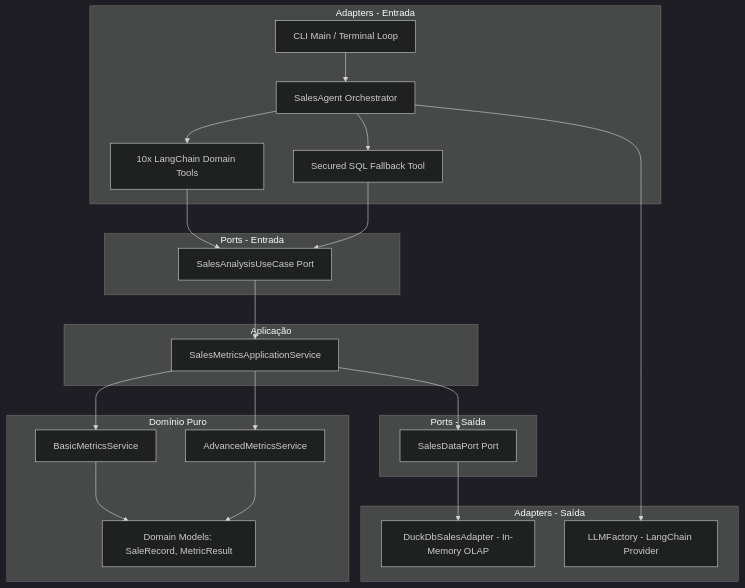
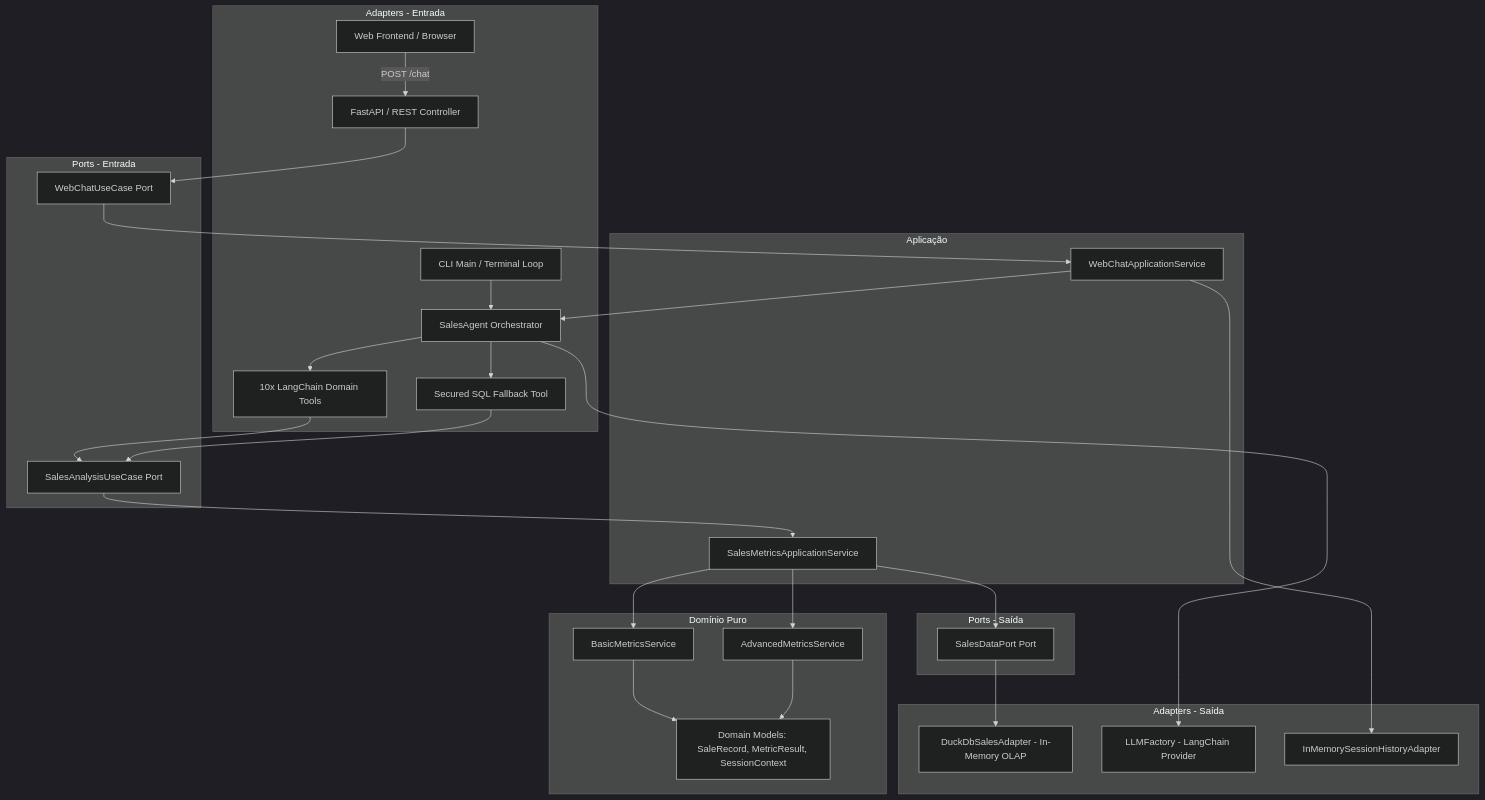
Before and after one commit to juliosilvacwb/sales-agent: the diagram in README.md, drawn with Mermaid (dark theme). The commit also changed other lines of this file and 21 other files, not shown here.

Commit message:
feat: implement web chat interface with FastAPI backend, static frontend, and session management service

````diff
--- a/README.md
+++ b/README.md
@@ -28,46 +29,56 @@
 ```mermaid
 graph TB
     subgraph Inbound Adapters [Adapters - Entrada]
+        WebClient[Web Frontend / Browser]
+        FastAPI[FastAPI / REST Controller]
         CLI[CLI Main / Terminal Loop]
         Agent[SalesAgent Orchestrator]
         DomainTools[10x LangChain Domain Tools]
         FallbackTool[Secured SQL Fallback Tool]
     end
 
     subgraph Inbound Ports [Ports - Entrada]
         UseCasePort[SalesAnalysisUseCase Port]
+        WebChatPort[WebChatUseCase Port]
     end
 
     subgraph Application Core [Aplicação]
         AppService[SalesMetricsApplicationService]
+        WebChatAppService[WebChatApplicationService]
     end
 
     subgraph Domain Core [Domínio Puro]
-        Models[Domain Models: SaleRecord, MetricResult]
+        Models[Domain Models: SaleRecord, MetricResult, SessionContext]
         BasicMetrics[BasicMetricsService]
         AdvancedMetrics[AdvancedMetricsService]
     end
 
     subgraph Outbound Ports [Ports - Saída]
         DataPort[SalesDataPort Port]
     end
 
     subgraph Outbound Adapters [Adapters - Saída]
         DuckDBAdapter[DuckDbSalesAdapter - In-Memory OLAP]
         LLMFactory[LLMFactory - LangChain Provider]
+        SessionMemory[InMemorySessionHistoryAdapter]
     end
 
+    WebClient -->|POST /chat| FastAPI
+    FastAPI --> WebChatPort
+    WebChatPort --> WebChatAppService
+    WebChatAppService --> Agent
+    WebChatAppService --> SessionMemory
     CLI --> Agent
     Agent --> DomainTools
     Agent --> FallbackTool
     DomainTools --> UseCasePort
     FallbackTool --> UseCasePort
     UseCasePort --> AppService
     AppService --> BasicMetrics
     AppService --> AdvancedMetrics
     BasicMetrics --> Models
     AdvancedMetrics --> Models
     AppService --> DataPort
     DataPort --> DuckDBAdapter
     Agent --> LLMFactory
 ```
````
